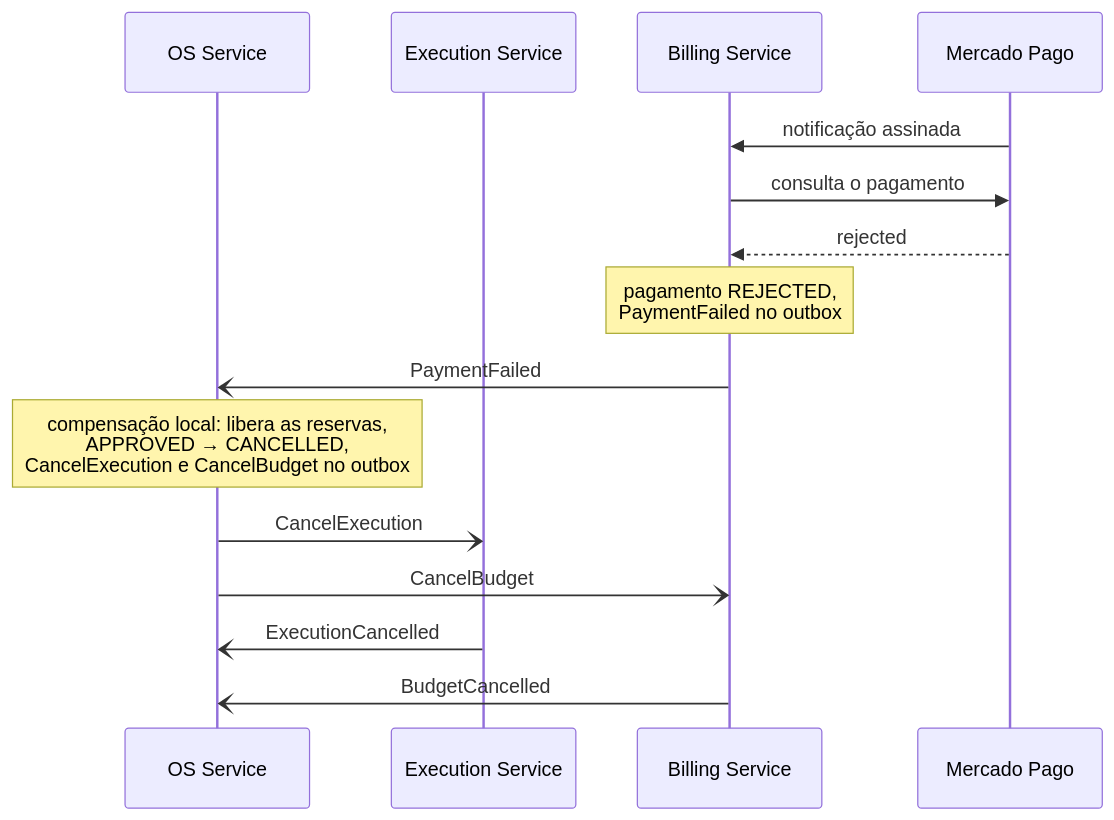
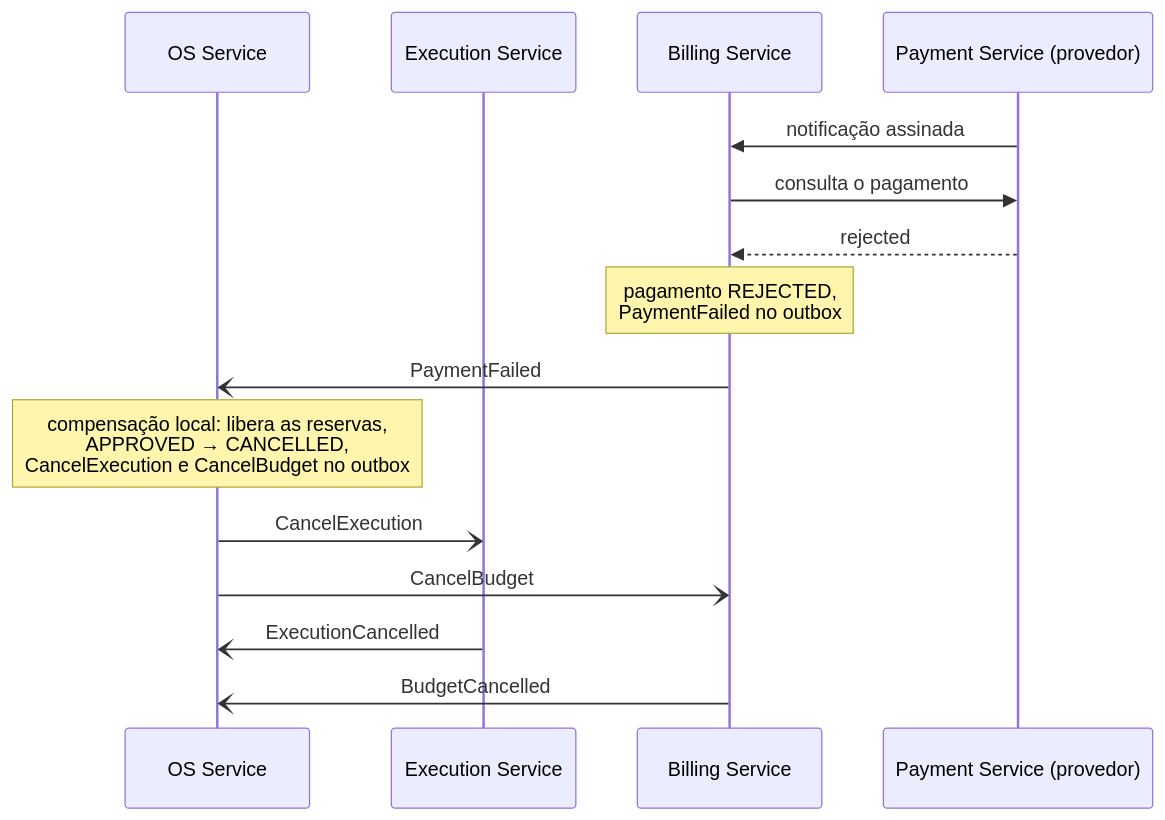
Before and after one commit to diandria/fiap-tech-challenge: the third of 4 diagrams in docs/architecture/sequence-service-order-saga.md, drawn with Mermaid. The commit also changed other lines of this file and 2 other files, not shown here.

Commit message:
docs: show the payment service in the architecture

````diff
--- a/docs/architecture/sequence-service-order-saga.md
+++ b/docs/architecture/sequence-service-order-saga.md
@@ -90,18 +91,18 @@
 ```mermaid
 sequenceDiagram
     participant OS as OS Service
     participant EX as Execution Service
     participant BI as Billing Service
-    participant MP as Mercado Pago
+    participant MP as Payment Service (provedor)
 
     MP->>BI: notificação assinada
     BI->>MP: consulta o pagamento
     MP-->>BI: rejected
     Note over BI: pagamento REJECTED,<br/>PaymentFailed no outbox
     BI-)OS: PaymentFailed
     Note over OS: compensação local: libera as reservas,<br/>APPROVED → CANCELLED,<br/>CancelExecution e CancelBudget no outbox
     OS-)EX: CancelExecution
     OS-)BI: CancelBudget
     EX-)OS: ExecutionCancelled
     BI-)OS: BudgetCancelled
 ```
````
